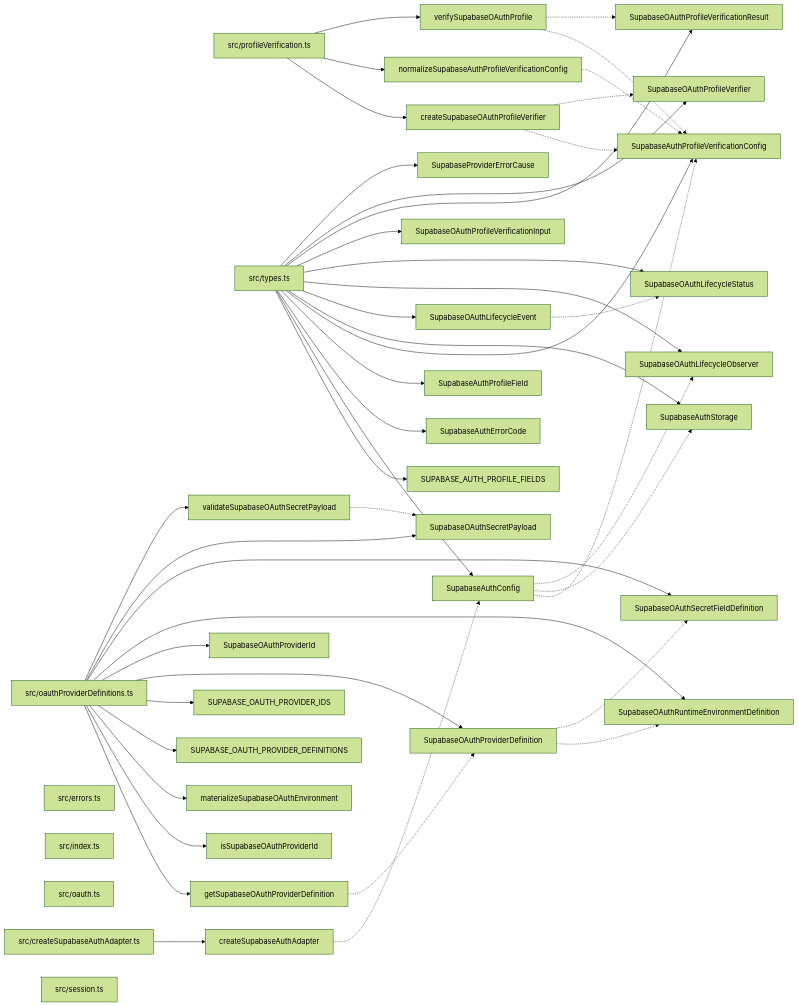
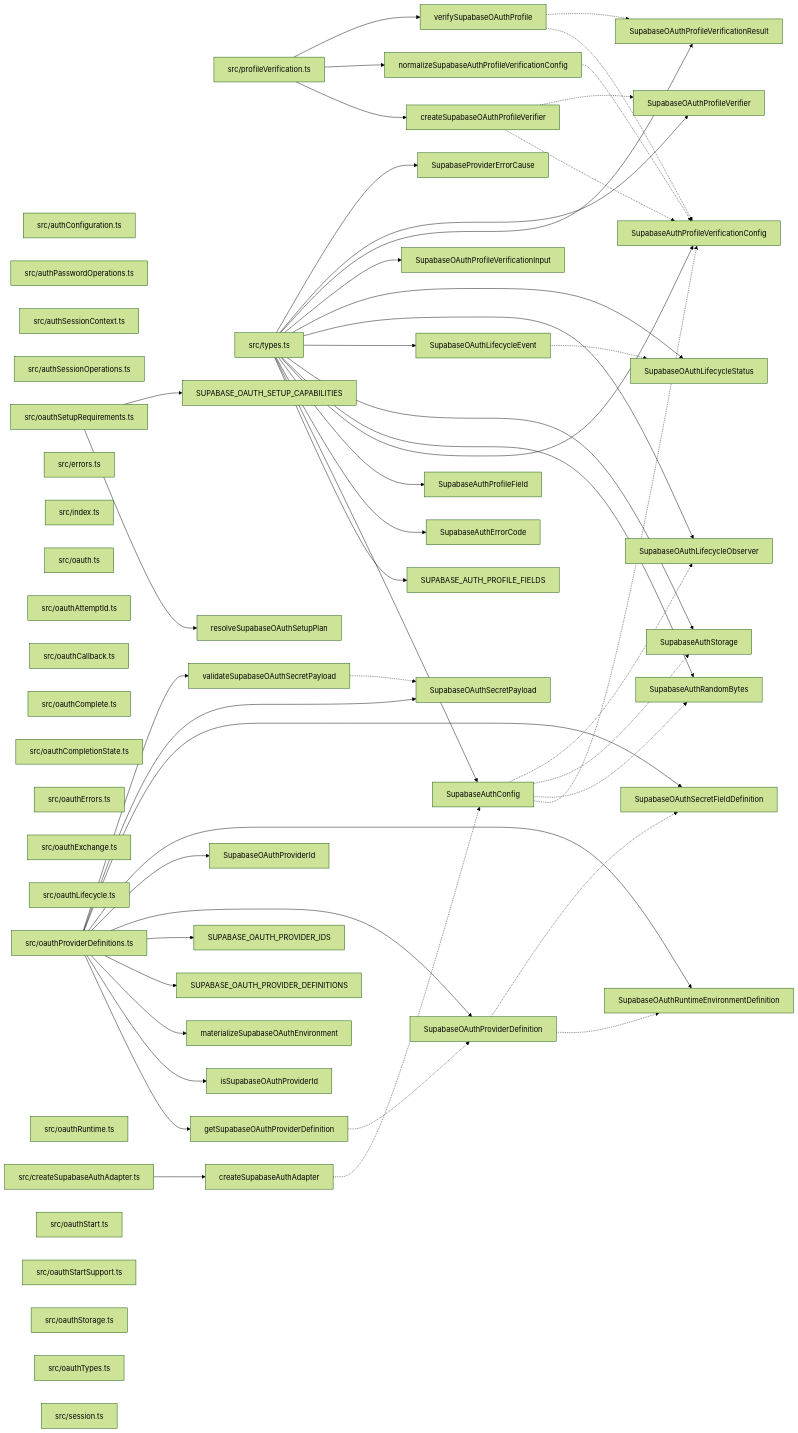
One commit to ankhorage/supabase-auth changed the diagram in paradox/diagrams/export-graph.mmd. Above: the diagram before and after it, drawn with Mermaid (forest theme). The commit also changed 61 other files, not shown here.

```diff
--- a/paradox/diagrams/export-graph.mmd
+++ b/paradox/diagrams/export-graph.mmd
@@ -1,79 +1,103 @@
 graph LR
+  module_src_authConfiguration_ts["src/authConfiguration.ts"]
+  module_src_authPasswordOperations_ts["src/authPasswordOperations.ts"]
+  module_src_authSessionContext_ts["src/authSessionContext.ts"]
+  module_src_authSessionOperations_ts["src/authSessionOperations.ts"]
   module_src_createSupabaseAuthAdapter_ts["src/createSupabaseAuthAdapter.ts"]
   module_src_errors_ts["src/errors.ts"]
   module_src_index_ts["src/index.ts"]
   module_src_oauth_ts["src/oauth.ts"]
+  module_src_oauthAttemptId_ts["src/oauthAttemptId.ts"]
+  module_src_oauthCallback_ts["src/oauthCallback.ts"]
+  module_src_oauthComplete_ts["src/oauthComplete.ts"]
+  module_src_oauthCompletionState_ts["src/oauthCompletionState.ts"]
+  module_src_oauthErrors_ts["src/oauthErrors.ts"]
+  module_src_oauthExchange_ts["src/oauthExchange.ts"]
+  module_src_oauthLifecycle_ts["src/oauthLifecycle.ts"]
   module_src_oauthProviderDefinitions_ts["src/oauthProviderDefinitions.ts"]
+  module_src_oauthRuntime_ts["src/oauthRuntime.ts"]
+  module_src_oauthSetupRequirements_ts["src/oauthSetupRequirements.ts"]
+  module_src_oauthStart_ts["src/oauthStart.ts"]
+  module_src_oauthStartSupport_ts["src/oauthStartSupport.ts"]
+  module_src_oauthStorage_ts["src/oauthStorage.ts"]
+  module_src_oauthTypes_ts["src/oauthTypes.ts"]
   module_src_profileVerification_ts["src/profileVerification.ts"]
   module_src_session_ts["src/session.ts"]
   module_src_types_ts["src/types.ts"]
   export_createSupabaseAuthAdapter["createSupabaseAuthAdapter"]
   module_src_createSupabaseAuthAdapter_ts --> export_createSupabaseAuthAdapter
   export_createSupabaseAuthAdapter -.-> export_SupabaseAuthConfig
   export_createSupabaseOAuthProfileVerifier["createSupabaseOAuthProfileVerifier"]
   module_src_profileVerification_ts --> export_createSupabaseOAuthProfileVerifier
   export_createSupabaseOAuthProfileVerifier -.-> export_SupabaseAuthProfileVerificationConfig
   export_createSupabaseOAuthProfileVerifier -.-> export_SupabaseOAuthProfileVerifier
   export_getSupabaseOAuthProviderDefinition["getSupabaseOAuthProviderDefinition"]
   module_src_oauthProviderDefinitions_ts --> export_getSupabaseOAuthProviderDefinition
   export_getSupabaseOAuthProviderDefinition -.-> export_SupabaseOAuthProviderDefinition
   export_isSupabaseOAuthProviderId["isSupabaseOAuthProviderId"]
   module_src_oauthProviderDefinitions_ts --> export_isSupabaseOAuthProviderId
   export_materializeSupabaseOAuthEnvironment["materializeSupabaseOAuthEnvironment"]
   module_src_oauthProviderDefinitions_ts --> export_materializeSupabaseOAuthEnvironment
   export_normalizeSupabaseAuthProfileVerificationConfig["normalizeSupabaseAuthProfileVerificationConfig"]
   module_src_profileVerification_ts --> export_normalizeSupabaseAuthProfileVerificationConfig
   export_normalizeSupabaseAuthProfileVerificationConfig -.-> export_SupabaseAuthProfileVerificationConfig
+  export_resolveSupabaseOAuthSetupPlan["resolveSupabaseOAuthSetupPlan"]
+  module_src_oauthSetupRequirements_ts --> export_resolveSupabaseOAuthSetupPlan
   export_SUPABASE_AUTH_PROFILE_FIELDS["SUPABASE_AUTH_PROFILE_FIELDS"]
   module_src_types_ts --> export_SUPABASE_AUTH_PROFILE_FIELDS
   export_SUPABASE_OAUTH_PROVIDER_DEFINITIONS["SUPABASE_OAUTH_PROVIDER_DEFINITIONS"]
   module_src_oauthProviderDefinitions_ts --> export_SUPABASE_OAUTH_PROVIDER_DEFINITIONS
   export_SUPABASE_OAUTH_PROVIDER_IDS["SUPABASE_OAUTH_PROVIDER_IDS"]
   module_src_oauthProviderDefinitions_ts --> export_SUPABASE_OAUTH_PROVIDER_IDS
+  export_SUPABASE_OAUTH_SETUP_CAPABILITIES["SUPABASE_OAUTH_SETUP_CAPABILITIES"]
+  module_src_oauthSetupRequirements_ts --> export_SUPABASE_OAUTH_SETUP_CAPABILITIES
   export_SupabaseAuthConfig["SupabaseAuthConfig"]
   module_src_types_ts --> export_SupabaseAuthConfig
   export_SupabaseAuthConfig -.-> export_SupabaseAuthProfileVerificationConfig
+  export_SupabaseAuthConfig -.-> export_SupabaseAuthRandomBytes
   export_SupabaseAuthConfig -.-> export_SupabaseAuthStorage
   export_SupabaseAuthConfig -.-> export_SupabaseOAuthLifecycleObserver
   export_SupabaseAuthErrorCode["SupabaseAuthErrorCode"]
   module_src_types_ts --> export_SupabaseAuthErrorCode
   export_SupabaseAuthProfileField["SupabaseAuthProfileField"]
   module_src_types_ts --> export_SupabaseAuthProfileField
   export_SupabaseAuthProfileVerificationConfig["SupabaseAuthProfileVerificationConfig"]
   module_src_types_ts --> export_SupabaseAuthProfileVerificationConfig
+  export_SupabaseAuthRandomBytes["SupabaseAuthRandomBytes"]
+  module_src_types_ts --> export_SupabaseAuthRandomBytes
   export_SupabaseAuthStorage["SupabaseAuthStorage"]
   module_src_types_ts --> export_SupabaseAuthStorage
   export_SupabaseOAuthLifecycleEvent["SupabaseOAuthLifecycleEvent"]
   module_src_types_ts --> export_SupabaseOAuthLifecycleEvent
   export_SupabaseOAuthLifecycleEvent -.-> export_SupabaseOAuthLifecycleStatus
   export_SupabaseOAuthLifecycleObserver["SupabaseOAuthLifecycleObserver"]
   module_src_types_ts --> export_SupabaseOAuthLifecycleObserver
   export_SupabaseOAuthLifecycleStatus["SupabaseOAuthLifecycleStatus"]
   module_src_types_ts --> export_SupabaseOAuthLifecycleStatus
   export_SupabaseOAuthProfileVerificationInput["SupabaseOAuthProfileVerificationInput"]
   module_src_types_ts --> export_SupabaseOAuthProfileVerificationInput
   export_SupabaseOAuthProfileVerificationResult["SupabaseOAuthProfileVerificationResult"]
   module_src_types_ts --> export_SupabaseOAuthProfileVerificationResult
   export_SupabaseOAuthProfileVerifier["SupabaseOAuthProfileVerifier"]
   module_src_types_ts --> export_SupabaseOAuthProfileVerifier
   export_SupabaseOAuthProviderDefinition["SupabaseOAuthProviderDefinition"]
   module_src_oauthProviderDefinitions_ts --> export_SupabaseOAuthProviderDefinition
   export_SupabaseOAuthProviderDefinition -.-> export_SupabaseOAuthRuntimeEnvironmentDefinition
   export_SupabaseOAuthProviderDefinition -.-> export_SupabaseOAuthSecretFieldDefinition
   export_SupabaseOAuthProviderId["SupabaseOAuthProviderId"]
   module_src_oauthProviderDefinitions_ts --> export_SupabaseOAuthProviderId
   export_SupabaseOAuthRuntimeEnvironmentDefinition["SupabaseOAuthRuntimeEnvironmentDefinition"]
   module_src_oauthProviderDefinitions_ts --> export_SupabaseOAuthRuntimeEnvironmentDefinition
   export_SupabaseOAuthSecretFieldDefinition["SupabaseOAuthSecretFieldDefinition"]
   module_src_oauthProviderDefinitions_ts --> export_SupabaseOAuthSecretFieldDefinition
   export_SupabaseOAuthSecretPayload["SupabaseOAuthSecretPayload"]
   module_src_oauthProviderDefinitions_ts --> export_SupabaseOAuthSecretPayload
   export_SupabaseProviderErrorCause["SupabaseProviderErrorCause"]
   module_src_types_ts --> export_SupabaseProviderErrorCause
   export_validateSupabaseOAuthSecretPayload["validateSupabaseOAuthSecretPayload"]
   module_src_oauthProviderDefinitions_ts --> export_validateSupabaseOAuthSecretPayload
   export_validateSupabaseOAuthSecretPayload -.-> export_SupabaseOAuthSecretPayload
   export_verifySupabaseOAuthProfile["verifySupabaseOAuthProfile"]
   module_src_profileVerification_ts --> export_verifySupabaseOAuthProfile
   export_verifySupabaseOAuthProfile -.-> export_SupabaseAuthProfileVerificationConfig
   export_verifySupabaseOAuthProfile -.-> export_SupabaseOAuthProfileVerificationResult
```
